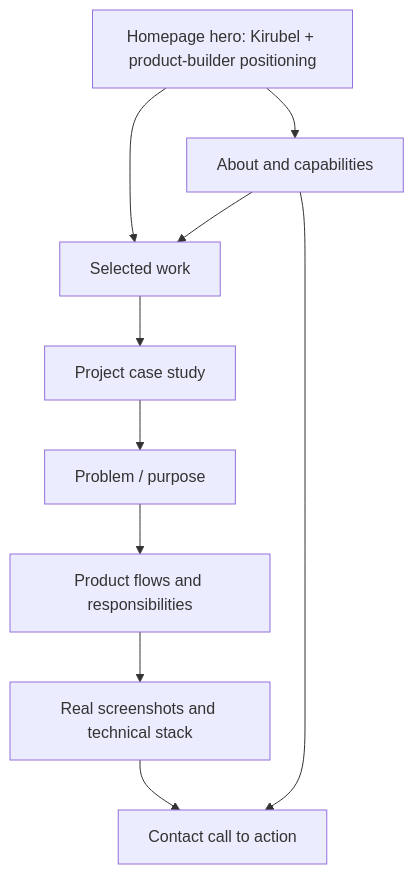
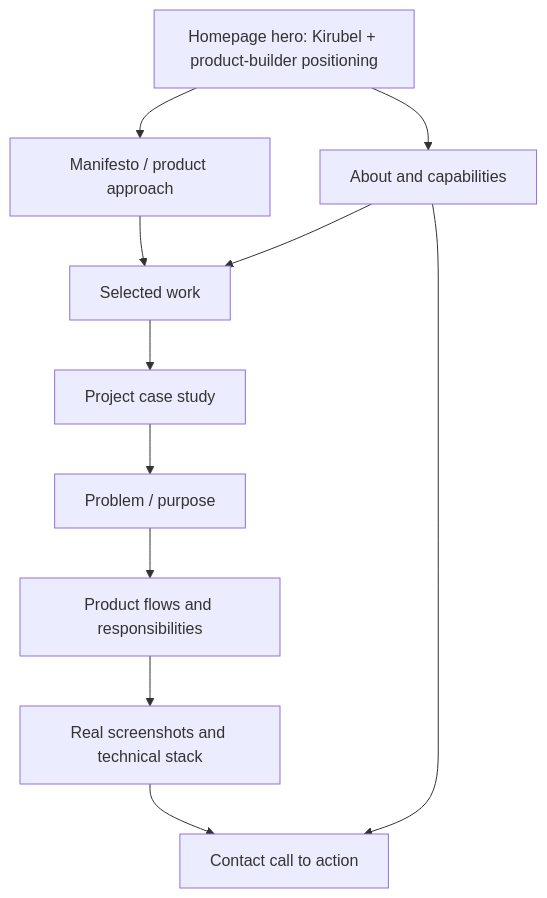
The diagram in AppFlow.md (kirawebdesigner/kira-s-design-forge), drawn with Mermaid before and after one commit. The commit also changed other lines of this file and 7 other files, not shown here.

````diff
--- a/AppFlow.md
+++ b/AppFlow.md
@@ -5,12 +5,13 @@
 ```mermaid
 flowchart TD
-    A["Homepage hero: Kirubel + product-builder positioning"] --> B["Selected work"]
+    A["Homepage hero: Kirubel + product-builder positioning"] --> M["Manifesto / product approach"]
+    M --> B["Selected work"]
     B --> C["Project case study"]
     C --> D["Problem / purpose"]
     D --> E["Product flows and responsibilities"]
     E --> F["Real screenshots and technical stack"]
     F --> G["Contact call to action"]
     A --> H["About and capabilities"]
     H --> B
     H --> G
 ```
````
